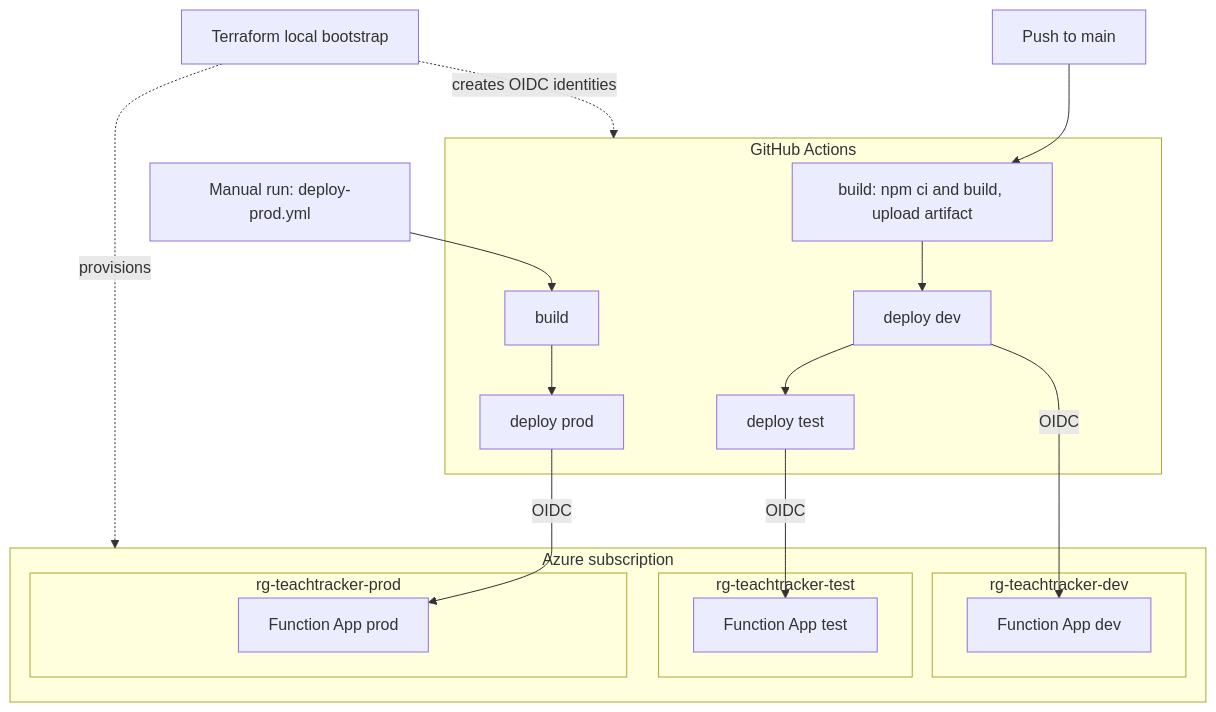
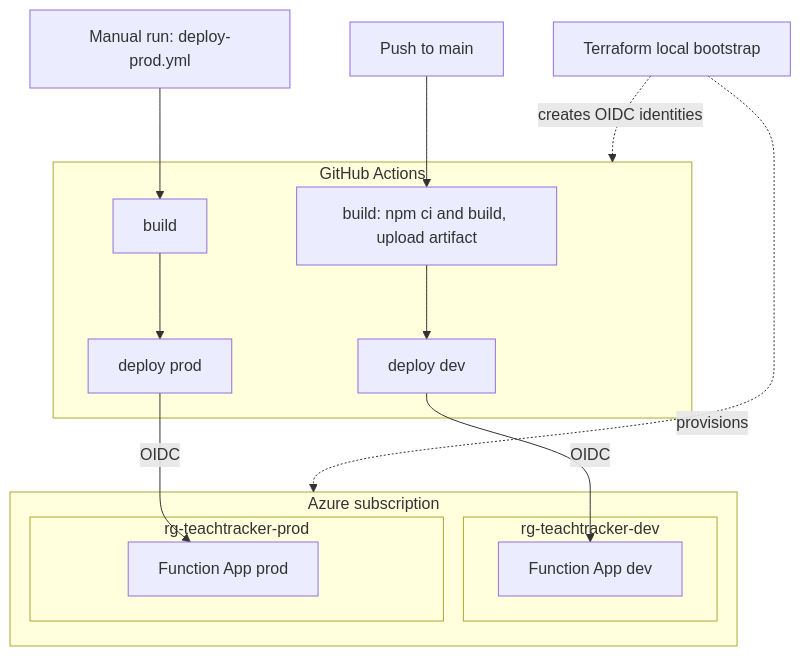
One commit to budhap-dev/func-teaching-tracker changed the first of 2 diagrams in docs/DEPLOYMENT.md. Above: the diagram before and after it, drawn with Mermaid. The commit also changed other lines of this file and 11 other files, not shown here.

````diff
--- a/docs/DEPLOYMENT.md
+++ b/docs/DEPLOYMENT.md
@@ -13,31 +13,26 @@
 ```mermaid
 flowchart TB
     dev_push[Push to main] --> build
     manual[Manual run: deploy-prod.yml] --> buildp
 
     subgraph GHA[GitHub Actions]
         build[build: npm ci and build, upload artifact]
         build --> jdev[deploy dev]
-        jdev --> jtest[deploy test]
         buildp[build] --> jprod[deploy prod]
     end
 
     jdev -->|OIDC| adev[App dev]
-    jtest -->|OIDC| atest[App test]
     jprod -->|OIDC| aprod[App prod]
 
     subgraph AZ[Azure subscription]
         subgraph RGD[rg-teachtracker-dev]
             adev[Function App dev]
-        end
-        subgraph RGT[rg-teachtracker-test]
-            atest[Function App test]
         end
         subgraph RGP[rg-teachtracker-prod]
             aprod[Function App prod]
         end
     end
 
     TF[Terraform local bootstrap] -.provisions.-> AZ
     TF -.creates OIDC identities.-> GHA
 ```
````
